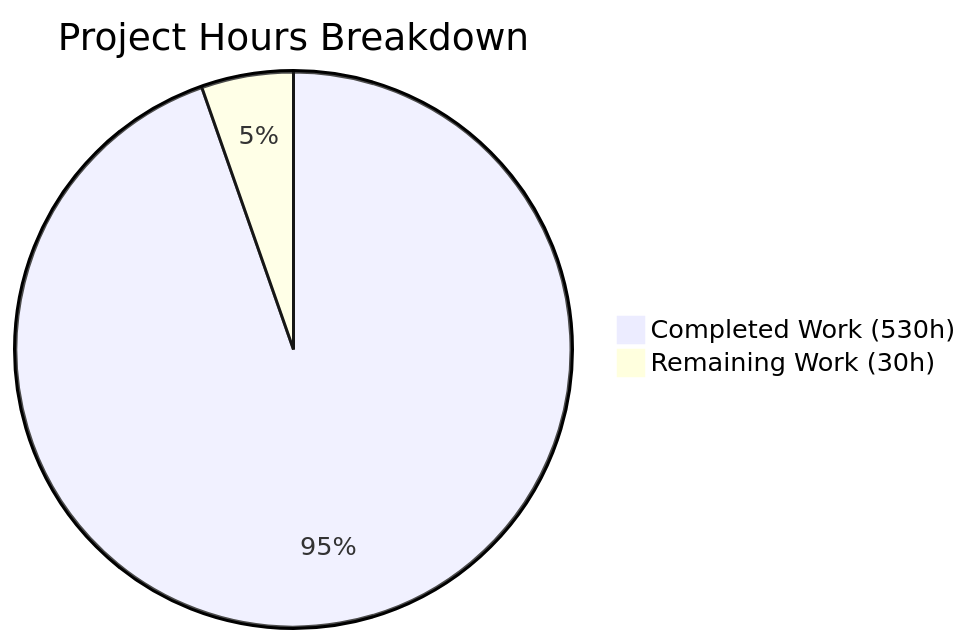
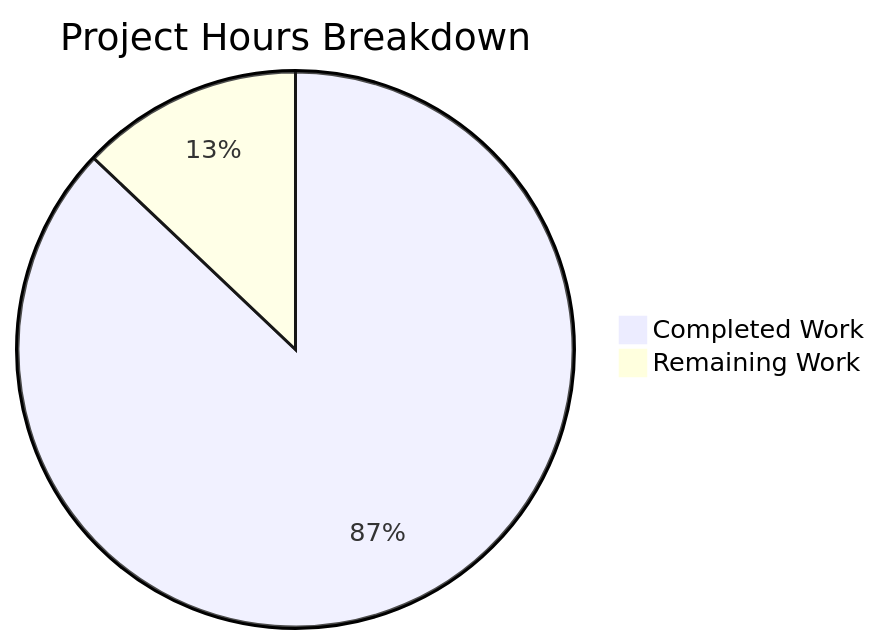
The second of 2 diagrams in blitzy/documentation/Project Guide.md (gophc/blitzy-c-compiler), drawn with Mermaid before and after one commit. The commit also changed other lines of this file, not shown here.

Commit message:
Adding Blitzy Project Guide: Project Status and Human Tasks Remaining

````diff
--- a/blitzy/documentation/Project Guide.md
+++ b/blitzy/documentation/Project Guide.md
@@ -228,5 +236,5 @@
 ```mermaid
 pie title Project Hours Breakdown
-    "Completed Work (530h)" : 530
-    "Remaining Work (30h)" : 30
+    "Completed Work" : 620
+    "Remaining Work" : 92
 ```
````
